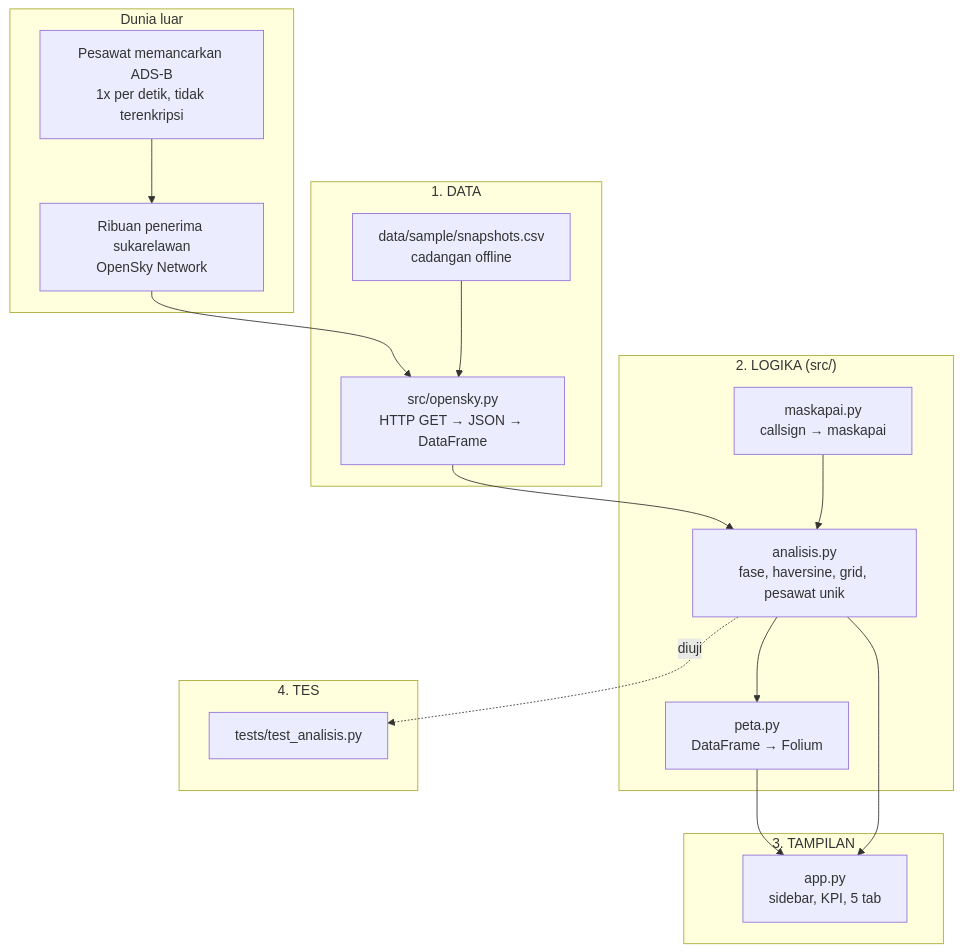
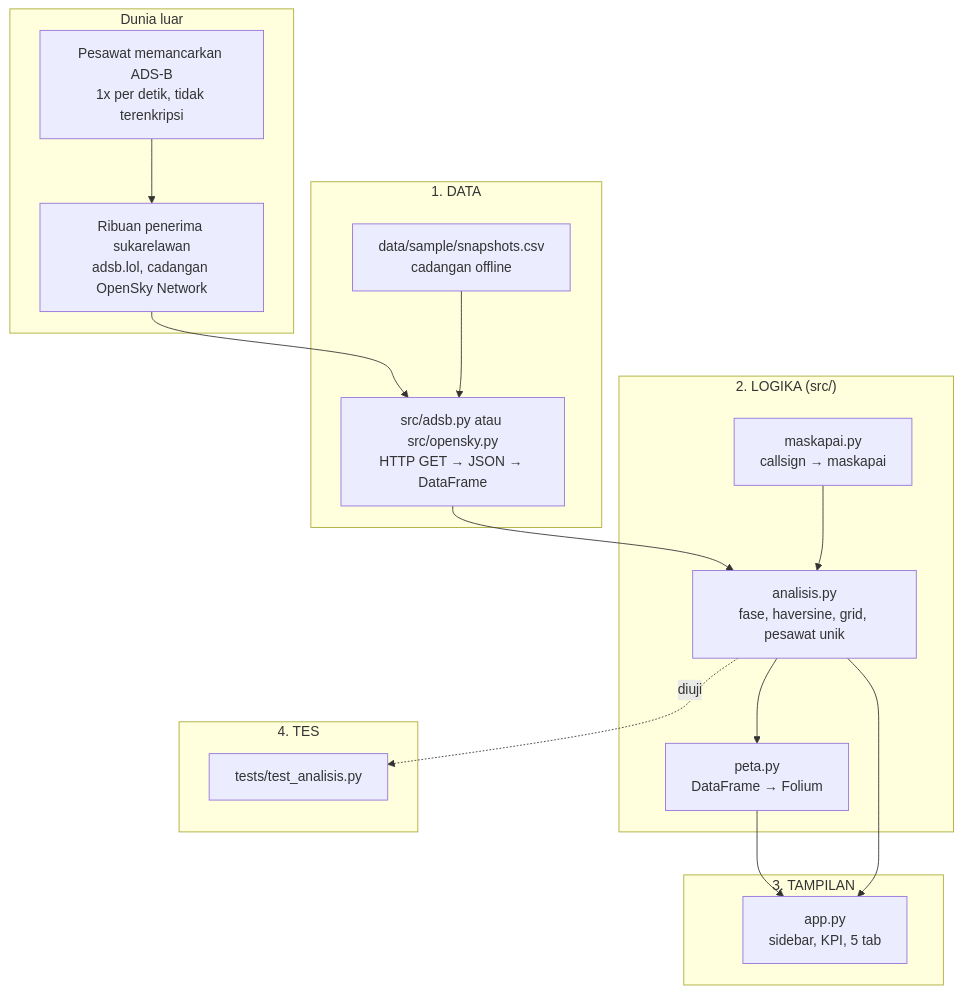
The diagram in docs/BELAJAR.md (Avalon2222/who-owns-the-sky), drawn with Mermaid before and after one commit. The commit also changed other lines of this file and 7 other files, not shown here.

Commit message:
Ganti sumber live ke adsb.lol, OpenSky jadi cadangan

````diff
--- a/docs/BELAJAR.md
+++ b/docs/BELAJAR.md
@@ -14,27 +20,27 @@
 ```mermaid
 flowchart TB
     subgraph LUAR["Dunia luar"]
         A[Pesawat memancarkan ADS-B<br/>1x per detik, tidak terenkripsi]
-        B[Ribuan penerima sukarelawan<br/>OpenSky Network]
+        B[Ribuan penerima sukarelawan<br/>adsb.lol, cadangan OpenSky Network]
     end
     subgraph DATA["1. DATA"]
-        C[src/opensky.py<br/>HTTP GET → JSON → DataFrame]
+        C[src/adsb.py atau src/opensky.py<br/>HTTP GET → JSON → DataFrame]
         S[data/sample/snapshots.csv<br/>cadangan offline]
     end
     subgraph LOGIKA["2. LOGIKA (src/)"]
         D[maskapai.py<br/>callsign → maskapai]
         E[analisis.py<br/>fase, haversine, grid, pesawat unik]
         P[peta.py<br/>DataFrame → Folium]
     end
     subgraph TAMPILAN["3. TAMPILAN"]
         F[app.py<br/>sidebar, KPI, 5 tab]
     end
     subgraph TES["4. TES"]
         G[tests/test_analisis.py]
     end
     A --> B --> C --> E
     S --> C
     D --> E --> P --> F
     E --> F
     E -.diuji.-> G
 ```
````
